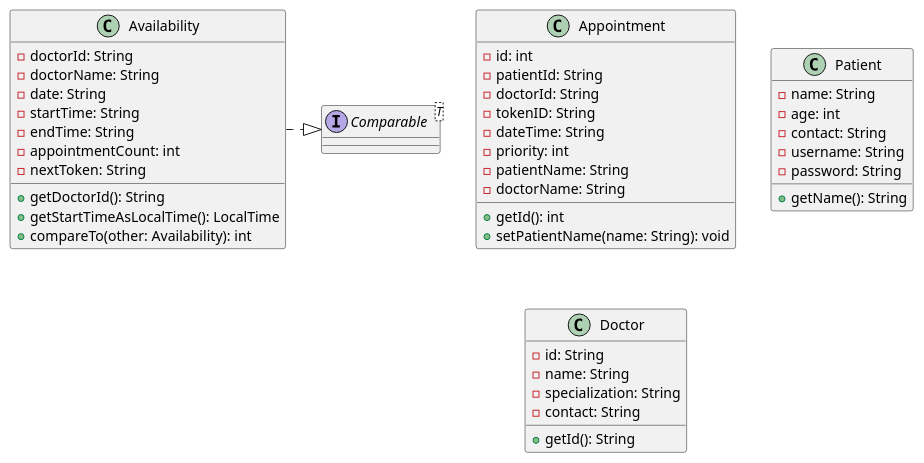
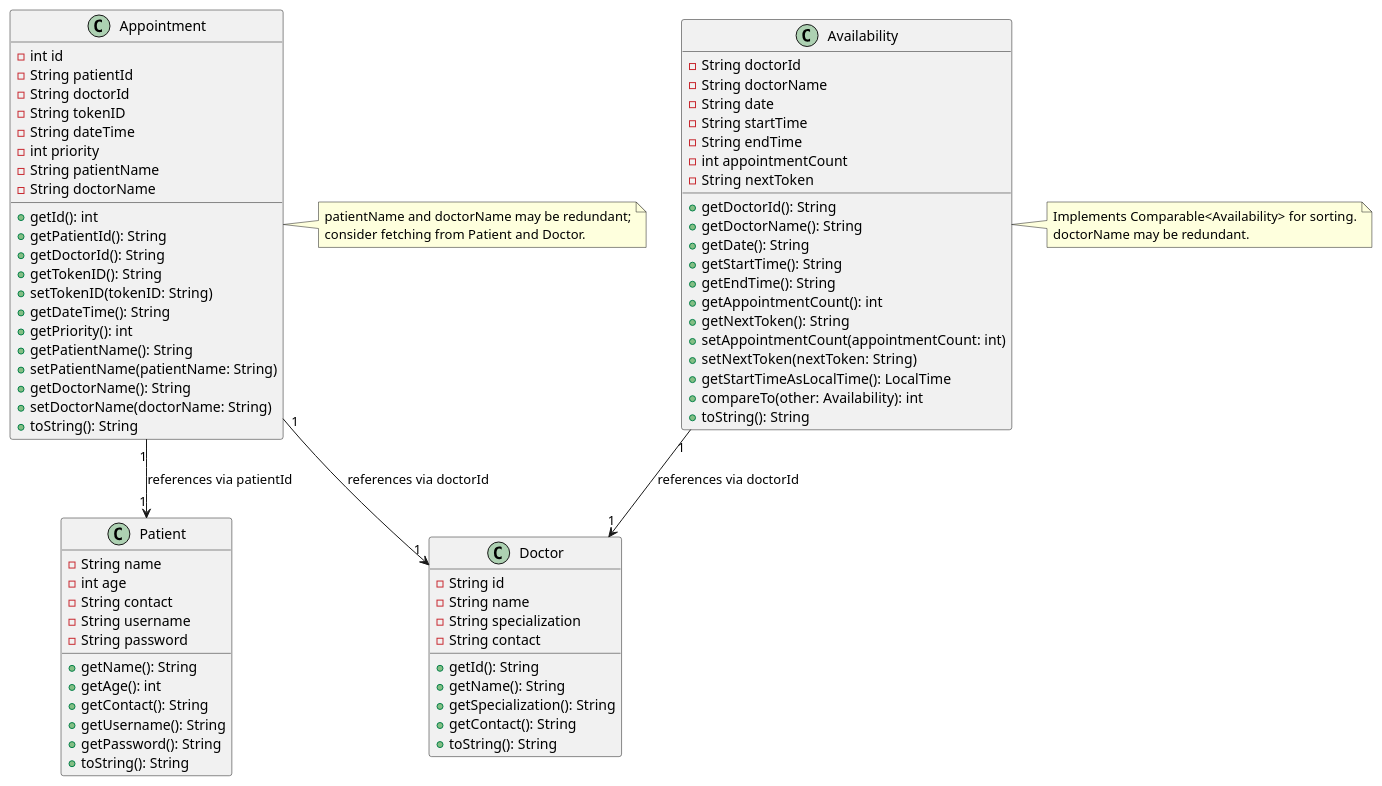
The first of 3 diagrams in docs/OOP.md (HasithaErandika/MedicalAppoinmtentSystem), drawn with PlantUML before and after one commit. The commit also changed other lines of this file, not shown here.

Commit message:
OOP Concepts UML diagrams updated

````diff
--- a/docs/OOP.md
+++ b/docs/OOP.md
@@ -46,48 +46,92 @@
 ```plantuml
 @startuml
+' Model Classes
+class Appointment {
+  -int id
+  -String patientId
+  -String doctorId
+  -String tokenID
+  -String dateTime
+  -int priority
+  -String patientName
+  -String doctorName
+  +getId(): int
+  +getPatientId(): String
+  +getDoctorId(): String
+  +getTokenID(): String
+  +setTokenID(tokenID: String)
+  +getDateTime(): String
+  +getPriority(): int
+  +getPatientName(): String
+  +setPatientName(patientName: String)
+  +getDoctorName(): String
+  +setDoctorName(doctorName: String)
+  +toString(): String
+}
+
 class Availability {
-  -doctorId: String
-  -doctorName: String
-  -date: String
-  -startTime: String
-  -endTime: String
-  -appointmentCount: int
-  -nextToken: String
+  -String doctorId
+  -String doctorName
+  -String date
+  -String startTime
+  -String endTime
+  -int appointmentCount
+  -String nextToken
   +getDoctorId(): String
+  +getDoctorName(): String
+  +getDate(): String
+  +getStartTime(): String
+  +getEndTime(): String
+  +getAppointmentCount(): int
+  +getNextToken(): String
+  +setAppointmentCount(appointmentCount: int)
+  +setNextToken(nextToken: String)
   +getStartTimeAsLocalTime(): LocalTime
   +compareTo(other: Availability): int
+  +toString(): String
 }
-interface Comparable<T>
-Availability .|> Comparable
 
-class Appointment {
-  -id: int
-  -patientId: String
-  -doctorId: String
-  -tokenID: String
-  -dateTime: String
-  -priority: int
-  -patientName: String
-  -doctorName: String
-  +getId(): int
-  +setPatientName(name: String): void
+class Doctor {
+  -String id
+  -String name
+  -String specialization
+  -String contact
+  +getId(): String
+  +getName(): String
+  +getSpecialization(): String
+  +getContact(): String
+  +toString(): String
 }
 
 class Patient {
-  -name: String
-  -age: int
-  -contact: String
-  -username: String
-  -password: String
+  -String name
+  -int age
+  -String contact
+  -String username
+  -String password
   +getName(): String
+  +getAge(): int
+  +getContact(): String
+  +getUsername(): String
+  +getPassword(): String
+  +toString(): String
 }
 
-class Doctor {
-  -id: String
-  -name: String
-  -specialization: String
-  -contact: String
-  +getId(): String
-}
+' Model Relationships
+Appointment "1" --> "1" Patient : references via patientId
+Appointment "1" --> "1" Doctor : references via doctorId
+Availability "1" --> "1" Doctor : references via doctorId
+
+' Notes
+note right of Appointment
+  patientName and doctorName may be redundant;
+  consider fetching from Patient and Doctor.
+end note
+
+note right of Availability
+  Implements Comparable<Availability> for sorting.
+  doctorName may be redundant.
+end note
+
 @enduml
 ```
````
